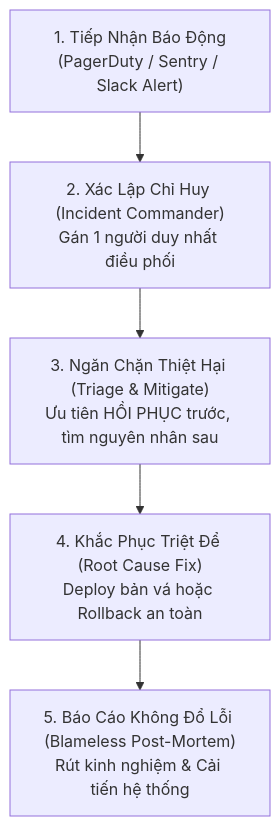
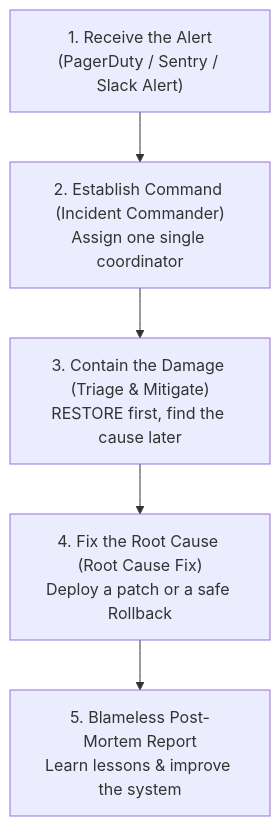
The diagram in profiles/documentation/guides/incident-runbook-template.md (Dokhacgiakhoa/Project-Builder-4-Agents), drawn with Mermaid before and after one commit. The commit also changed other lines of this file and 153 other files, not shown here.

````diff
--- a/profiles/documentation/guides/incident-runbook-template.md
+++ b/profiles/documentation/guides/incident-runbook-template.md
@@ -25,7 +25,7 @@
 ```mermaid
 flowchart TD
-    A["1. Tiếp Nhận Báo Động<br/>(PagerDuty / Sentry / Slack Alert)"] --> B["2. Xác Lập Chỉ Huy (Incident Commander)<br/>Gán 1 người duy nhất điều phối"]
-    B --> C["3. Ngăn Chặn Thiệt Hại (Triage & Mitigate)<br/>Ưu tiên HỒI PHỤC trước, tìm nguyên nhân sau"]
-    C --> D["4. Khắc Phục Triệt Để (Root Cause Fix)<br/>Deploy bản vá hoặc Rollback an toàn"]
-    D --> E["5. Báo Cáo Không Đổ Lỗi (Blameless Post-Mortem)<br/>Rút kinh nghiệm & Cải tiến hệ thống"]
+    A["1. Receive the Alert<br/>(PagerDuty / Sentry / Slack Alert)"] --> B["2. Establish Command (Incident Commander)<br/>Assign one single coordinator"]
+    B --> C["3. Contain the Damage (Triage & Mitigate)<br/>RESTORE first, find the cause later"]
+    C --> D["4. Fix the Root Cause (Root Cause Fix)<br/>Deploy a patch or a safe Rollback"]
+    D --> E["5. Blameless Post-Mortem Report<br/>Learn lessons & improve the system"]
 ```
````
